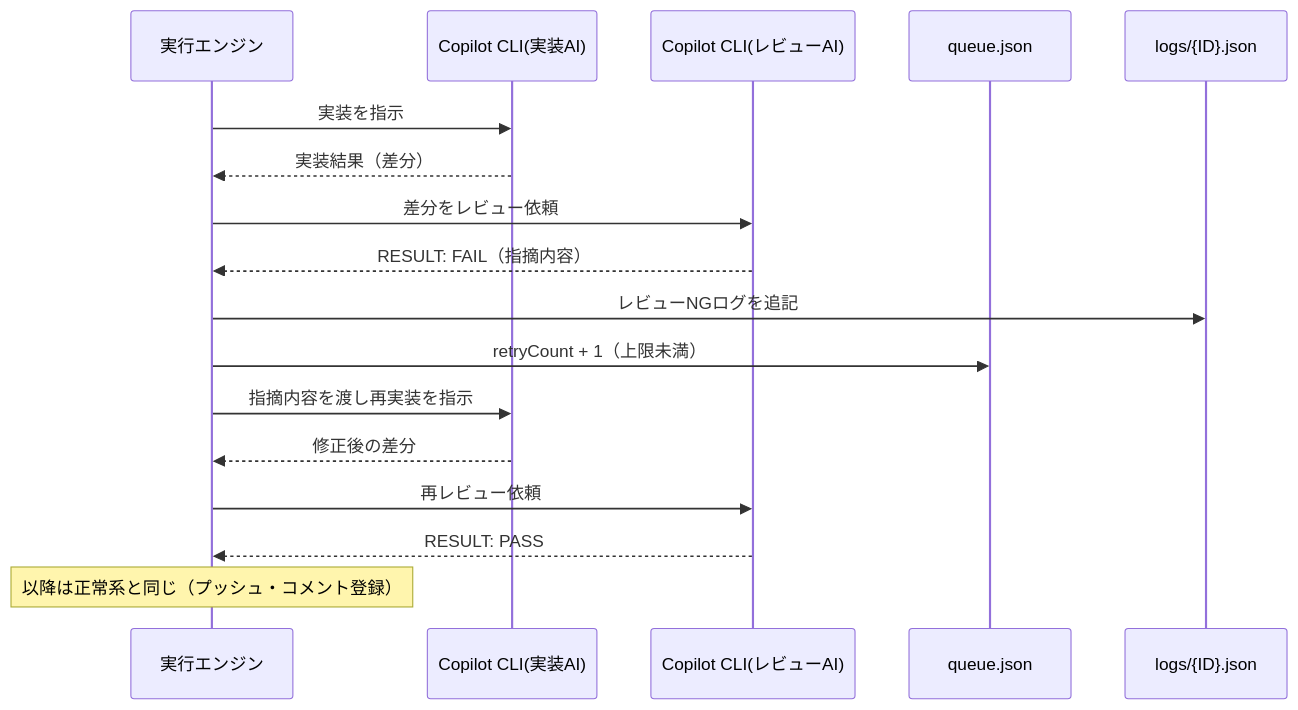
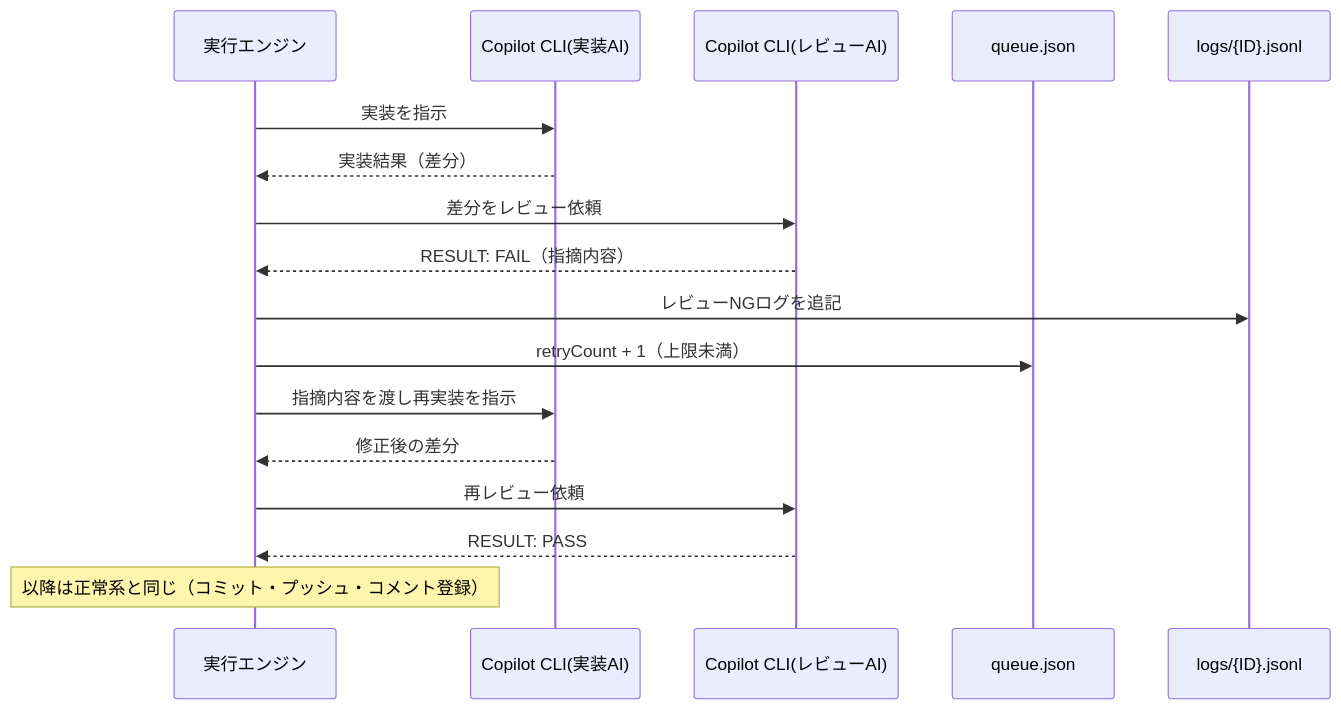
The third of 9 diagrams in docs/design/sequence.md (theta1211/Lychee-redmine-loop-engineering-), drawn with Mermaid before and after one commit. The commit also changed other lines of this file and 5 other files, not shown here.

````diff
--- a/docs/design/sequence.md
+++ b/docs/design/sequence.md
@@ -49,20 +54,20 @@
 ```mermaid
 sequenceDiagram
     participant E as 実行エンジン
     participant CI as Copilot CLI(実装AI)
     participant CR as Copilot CLI(レビューAI)
     participant Q as queue.json
-    participant L as logs/{ID}.json
+    participant L as logs/{ID}.jsonl
 
     E->>CI: 実装を指示
     CI-->>E: 実装結果（差分）
     E->>CR: 差分をレビュー依頼
     CR-->>E: RESULT: FAIL（指摘内容）
     E->>L: レビューNGログを追記
     E->>Q: retryCount + 1（上限未満）
     E->>CI: 指摘内容を渡し再実装を指示
     CI-->>E: 修正後の差分
     E->>CR: 再レビュー依頼
     CR-->>E: RESULT: PASS
-    Note over E: 以降は正常系と同じ（プッシュ・コメント登録）
+    Note over E: 以降は正常系と同じ（コミット・プッシュ・コメント登録）
 ```
````
